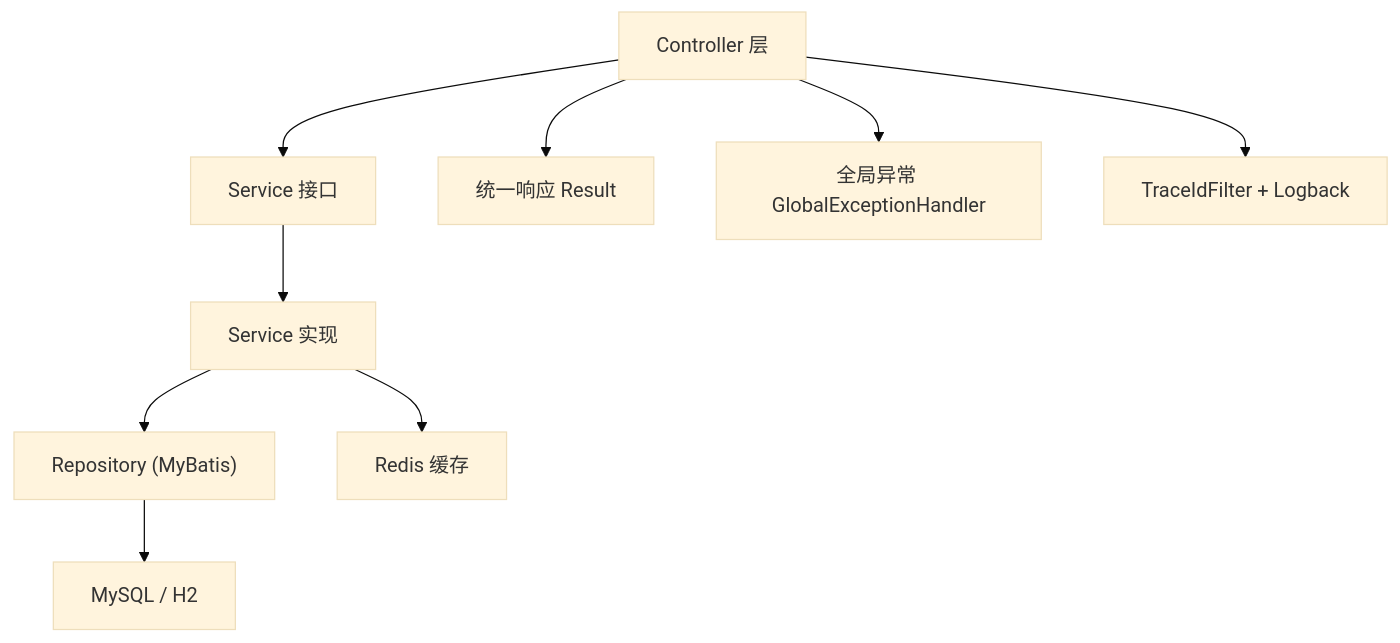
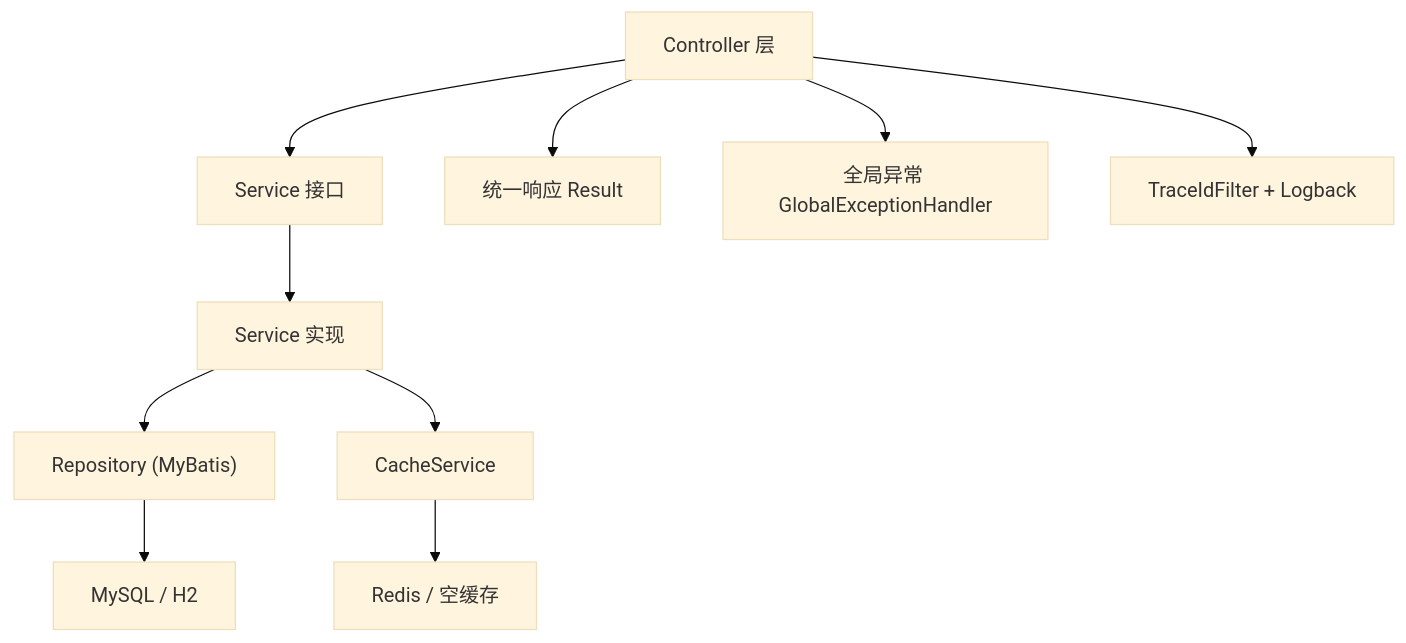
Before and after one commit to amingzun/ServerTemplate: the first of 3 diagrams in README.md, drawn with Mermaid (base theme). The commit also changed other lines of this file and 14 other files, not shown here.

````diff
--- a/README.md
+++ b/README.md
@@ -56,11 +58,12 @@
 ```mermaid
 graph TD
   A["Controller 层"] --> B["Service 接口"]
   B --> C["Service 实现"]
   C --> D["Repository (MyBatis)"]
   D --> E["MySQL / H2"]
-  C --> F["Redis 缓存"]
+  C --> F["CacheService"]
+  F --> J["Redis / 空缓存"]
   A --> G["统一响应 Result<T>"]
   A --> H["全局异常 GlobalExceptionHandler"]
   A --> I["TraceIdFilter + Logback"]
 ```
````
